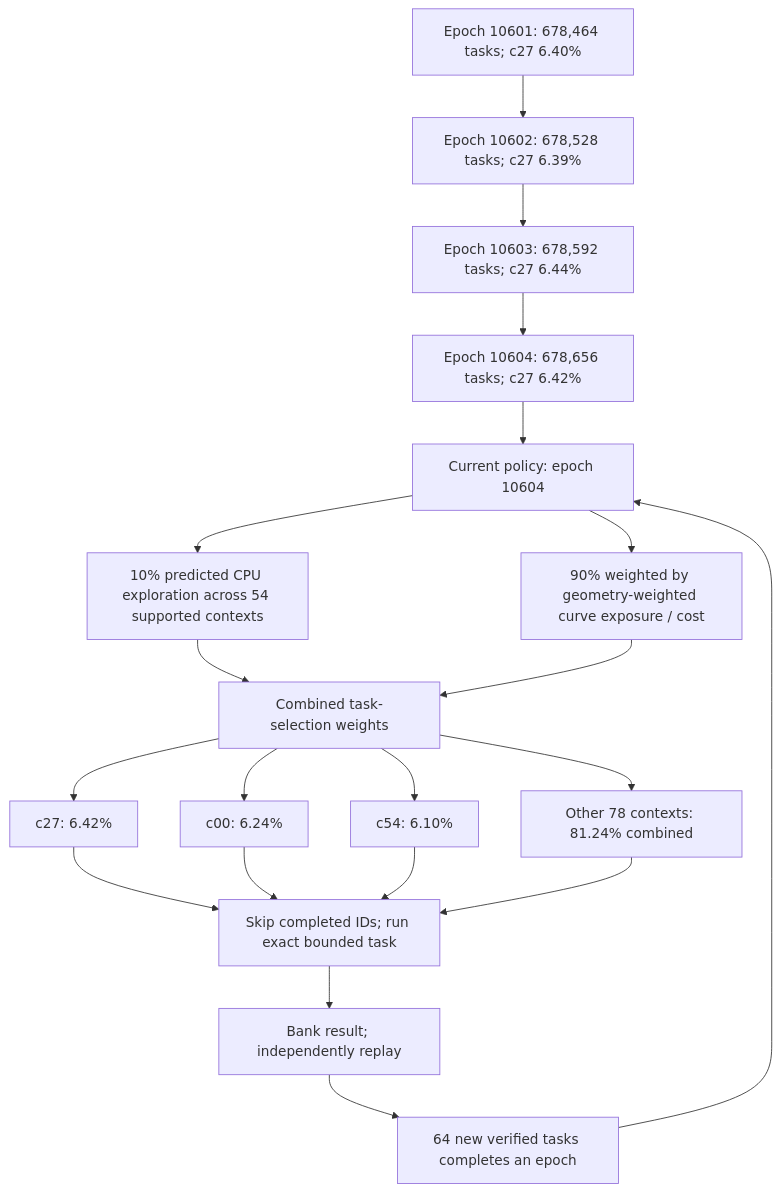
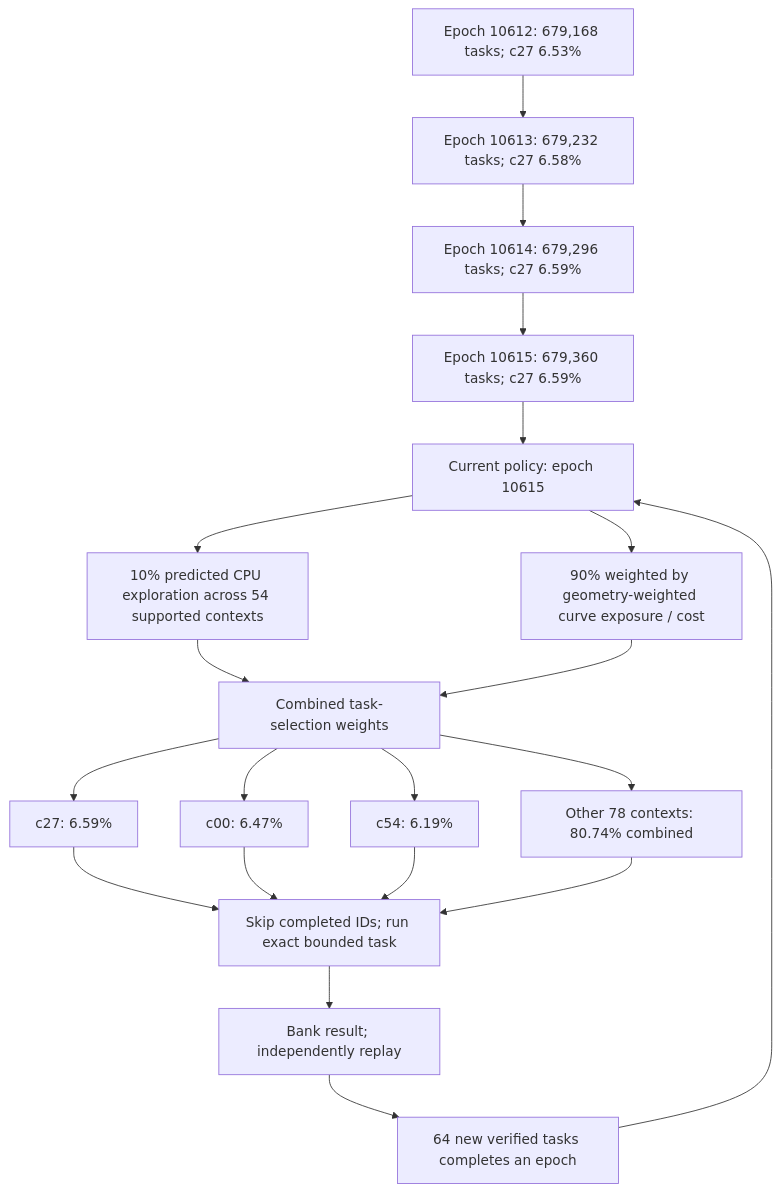
The first of 4 diagrams in README.md (Kuberwastaken/math-gambling), drawn with Mermaid before and after one commit. The commit also changed other lines of this file and 1871 other files, not shown here.

````diff
--- a/README.md
+++ b/README.md
@@ -60,27 +60,27 @@
 ```mermaid
 flowchart TD
-    H0["Epoch 10601: 678,464 tasks; c27 6.40%"]
-    H1["Epoch 10602: 678,528 tasks; c27 6.39%"]
+    H0["Epoch 10612: 679,168 tasks; c27 6.53%"]
+    H1["Epoch 10613: 679,232 tasks; c27 6.58%"]
     H0 --> H1
-    H2["Epoch 10603: 678,592 tasks; c27 6.44%"]
+    H2["Epoch 10614: 679,296 tasks; c27 6.59%"]
     H1 --> H2
-    H3["Epoch 10604: 678,656 tasks; c27 6.42%"]
+    H3["Epoch 10615: 679,360 tasks; c27 6.59%"]
     H2 --> H3
-    Policy["Current policy: epoch 10604"]
+    Policy["Current policy: epoch 10615"]
     H3 --> Policy
     Policy --> Explore["10% predicted CPU exploration across 54 supported contexts"]
     Policy --> Cost["90% weighted by geometry-weighted curve exposure / cost"]
     Explore --> Mix["Combined task-selection weights"]
     Cost --> Mix
-    Mix --> C0["c27: 6.42%"]
-    Mix --> C1["c00: 6.24%"]
-    Mix --> C2["c54: 6.10%"]
-    Mix --> Rest["Other 78 contexts: 81.24% combined"]
+    Mix --> C0["c27: 6.59%"]
+    Mix --> C1["c00: 6.47%"]
+    Mix --> C2["c54: 6.19%"]
+    Mix --> Rest["Other 78 contexts: 80.74% combined"]
     C0 --> Check["Skip completed IDs; run exact bounded task"]
     C1 --> Check
     C2 --> Check
     Rest --> Check
     Check --> Replay["Bank result; independently replay"]
     Replay --> Gate["64 new verified tasks completes an epoch"]
     Gate --> Policy
 ```
````
